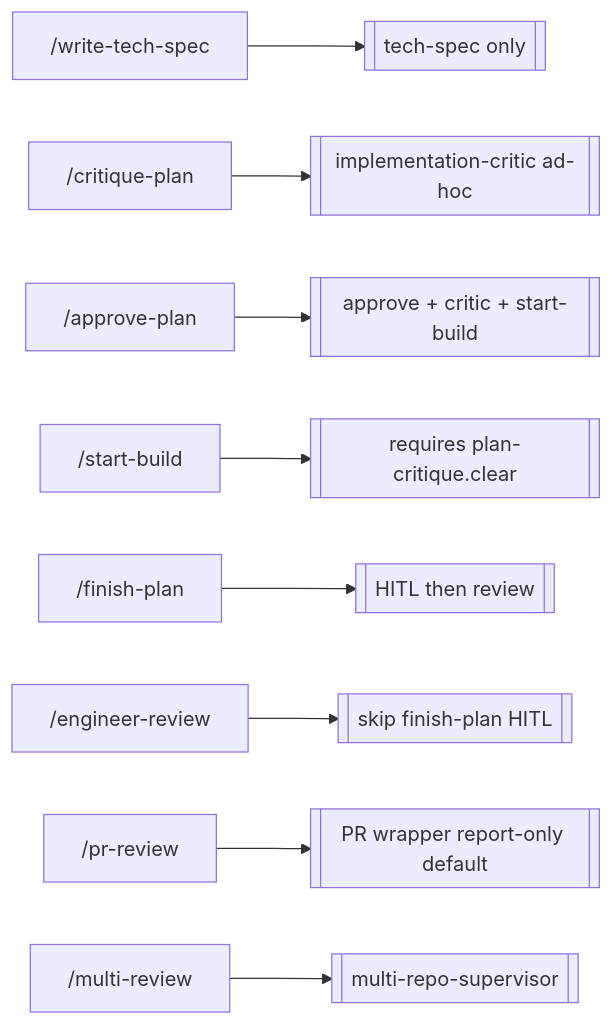
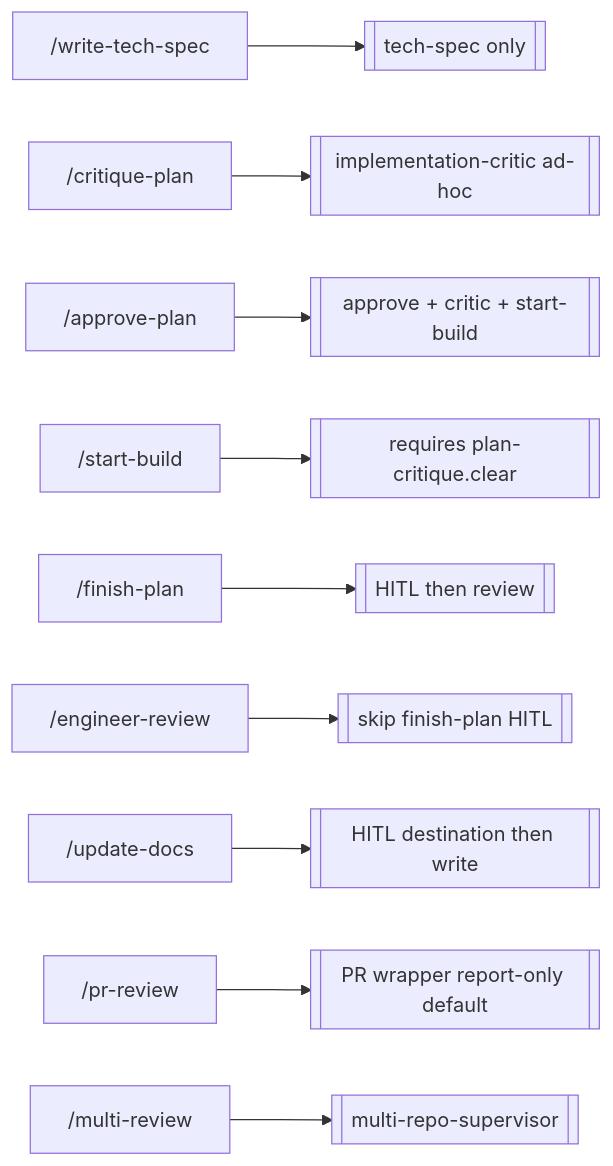
The ninth of 9 diagrams in docs/superpowers/pipeline-flow.md (a-trembak/cursor-spells), drawn with Mermaid before and after one commit. The commit also changed other lines of this file and 12 other files, not shown here.

First line of the commit message:
Add post-review HITL gate for product docs destination

````diff
--- a/docs/superpowers/pipeline-flow.md
+++ b/docs/superpowers/pipeline-flow.md
@@ -298,11 +342,12 @@
 ```mermaid
 flowchart LR
   writeSpec["/write-tech-spec"] --> techOnly[["tech-spec only"]]
   critique["/critique-plan"] --> criticOnly[["implementation-critic ad-hoc"]]
   approve["/approve-plan"] --> approveFlow[["approve + critic + start-build"]]
   build["/start-build"] --> buildOnly[["requires plan-critique.clear"]]
   finish["/finish-plan"] --> finishFlow[["HITL then review"]]
   eng["/engineer-review"] --> reviewDirect[["skip finish-plan HITL"]]
+  docs["/update-docs"] --> docsFlow[["HITL destination then write"]]
   pr["/pr-review"] --> prWrap[["PR wrapper report-only default"]]
   multi["/multi-review"] --> multiDirect[["multi-repo-supervisor"]]
 ```
````
